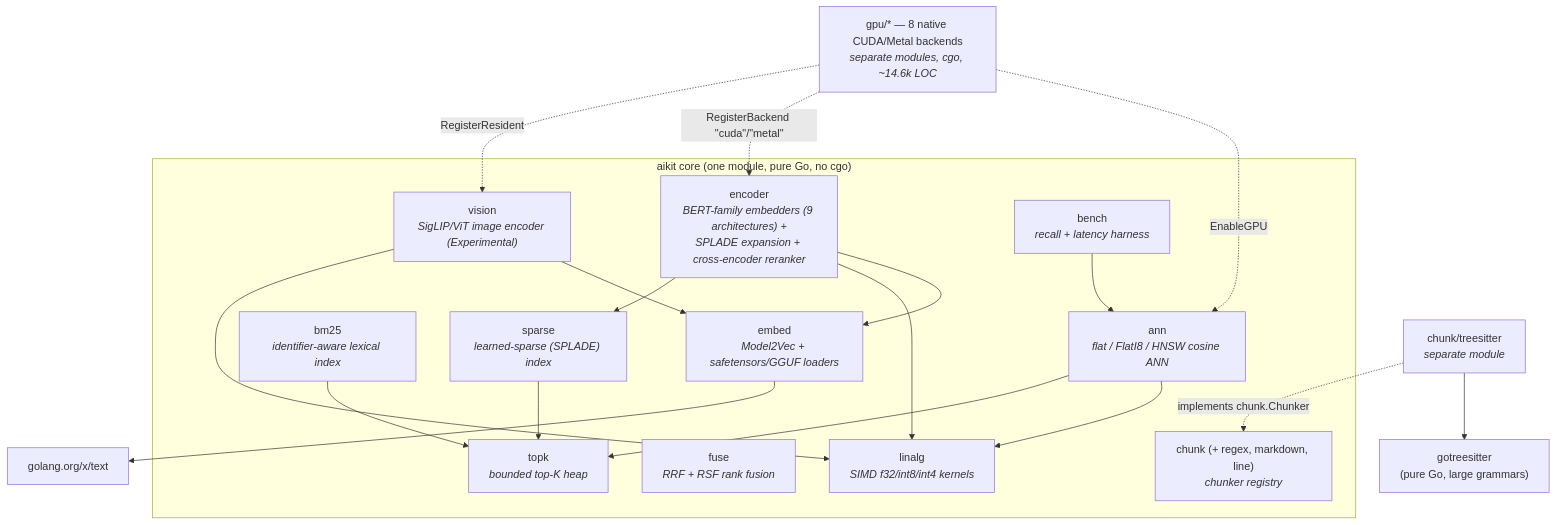
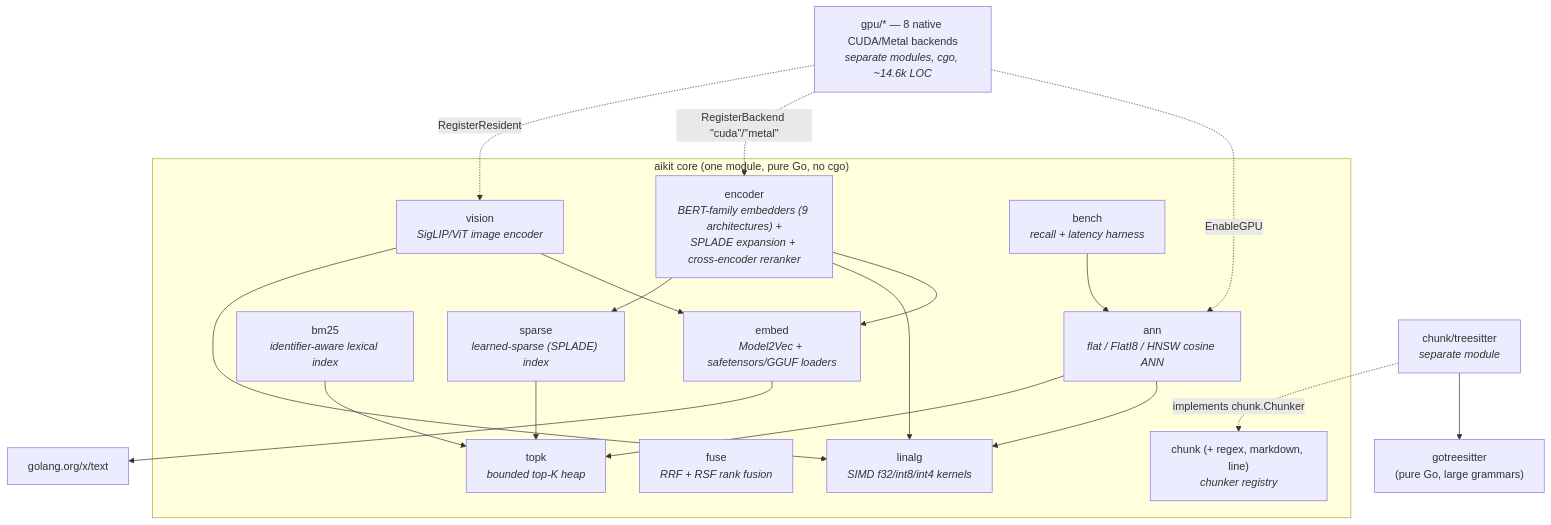
One commit to masacento/aikit changed the first of 3 diagrams in docs/architecture.md. Above: the diagram before and after it, drawn with Mermaid. The commit also changed other lines of this file and 3 other files, not shown here.

````diff
--- a/docs/architecture.md
+++ b/docs/architecture.md
@@ -54,33 +54,33 @@
 ```mermaid
 graph TD
     subgraph core ["aikit core (one module, pure Go, no cgo)"]
         topk["topk<br/><i>bounded top-K heap</i>"]
         ann["ann<br/><i>flat / FlatI8 / HNSW cosine ANN</i>"]
         bm25["bm25<br/><i>identifier-aware lexical index</i>"]
         sparse["sparse<br/><i>learned-sparse (SPLADE) index</i>"]
         fuse["fuse<br/><i>RRF + RSF rank fusion</i>"]
         chunk["chunk (+ regex, markdown, line)<br/><i>chunker registry</i>"]
         linalg["linalg<br/><i>SIMD f32/int8/int4 kernels</i>"]
         embed["embed<br/><i>Model2Vec + safetensors/GGUF loaders</i>"]
         encoder["encoder<br/><i>BERT-family embedders (9 architectures) +<br/>SPLADE expansion + cross-encoder reranker</i>"]
-        vision["vision<br/><i>SigLIP/ViT image encoder (Experimental)</i>"]
+        vision["vision<br/><i>SigLIP/ViT image encoder</i>"]
         bench["bench<br/><i>recall + latency harness</i>"]
         encoder --> embed
         encoder --> linalg
         encoder --> sparse
         vision --> embed
         vision --> linalg
         ann --> linalg
         ann --> topk
         bm25 --> topk
         sparse --> topk
         bench --> ann
     end
     ts["chunk/treesitter<br/><i>separate module</i>"] -.->|implements chunk.Chunker| chunk
     gpu["gpu/* — 8 native CUDA/Metal backends<br/><i>separate modules, cgo, ~14.6k LOC</i>"]
     gpu -.->|EnableGPU| ann
     gpu -.->|RegisterBackend #quot;cuda#quot;/#quot;metal#quot;| encoder
     gpu -.->|RegisterResident| vision
     ts --> gts["gotreesitter<br/>(pure Go, large grammars)"]
     embed --> xtext["golang.org/x/text"]
 ```
````
